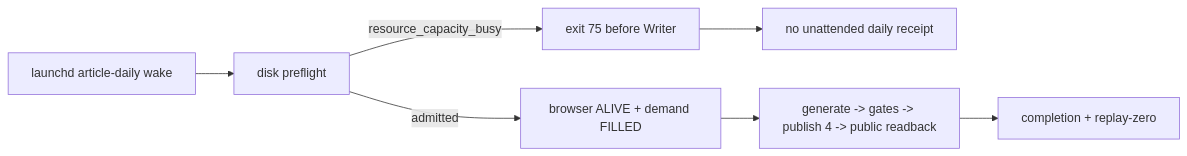
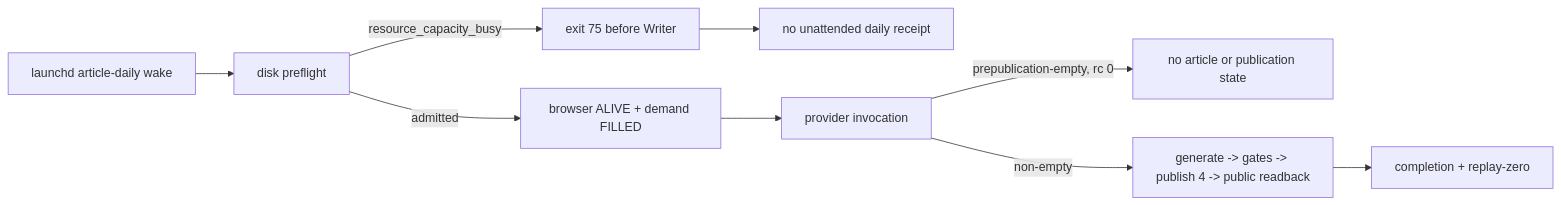
The first of 3 diagrams in docs/writer-agent/WRITER-AGENT-SSOT.md (Daisuke134/life-manager), drawn with Mermaid before and after one commit. The commit also changed other lines of this file, not shown here.

Commit message:
docs(writer): record provider generation blocker

````diff
--- a/docs/writer-agent/WRITER-AGENT-SSOT.md
+++ b/docs/writer-agent/WRITER-AGENT-SSOT.md
@@ -104,9 +114,11 @@
 ```mermaid
 flowchart LR
   A[launchd article-daily wake] --> B[disk preflight]
   B -->|resource_capacity_busy| C[exit 75 before Writer]
   C --> D[no unattended daily receipt]
   B -->|admitted| E[browser ALIVE + demand FILLED]
-  E --> F[generate -> gates -> publish 4 -> public readback]
-  F --> G[completion + replay-zero]
+  E --> F[provider invocation]
+  F -->|prepublication-empty, rc 0| G[no article or publication state]
+  F -->|non-empty| H[generate -> gates -> publish 4 -> public readback]
+  H --> I[completion + replay-zero]
 ```
````
